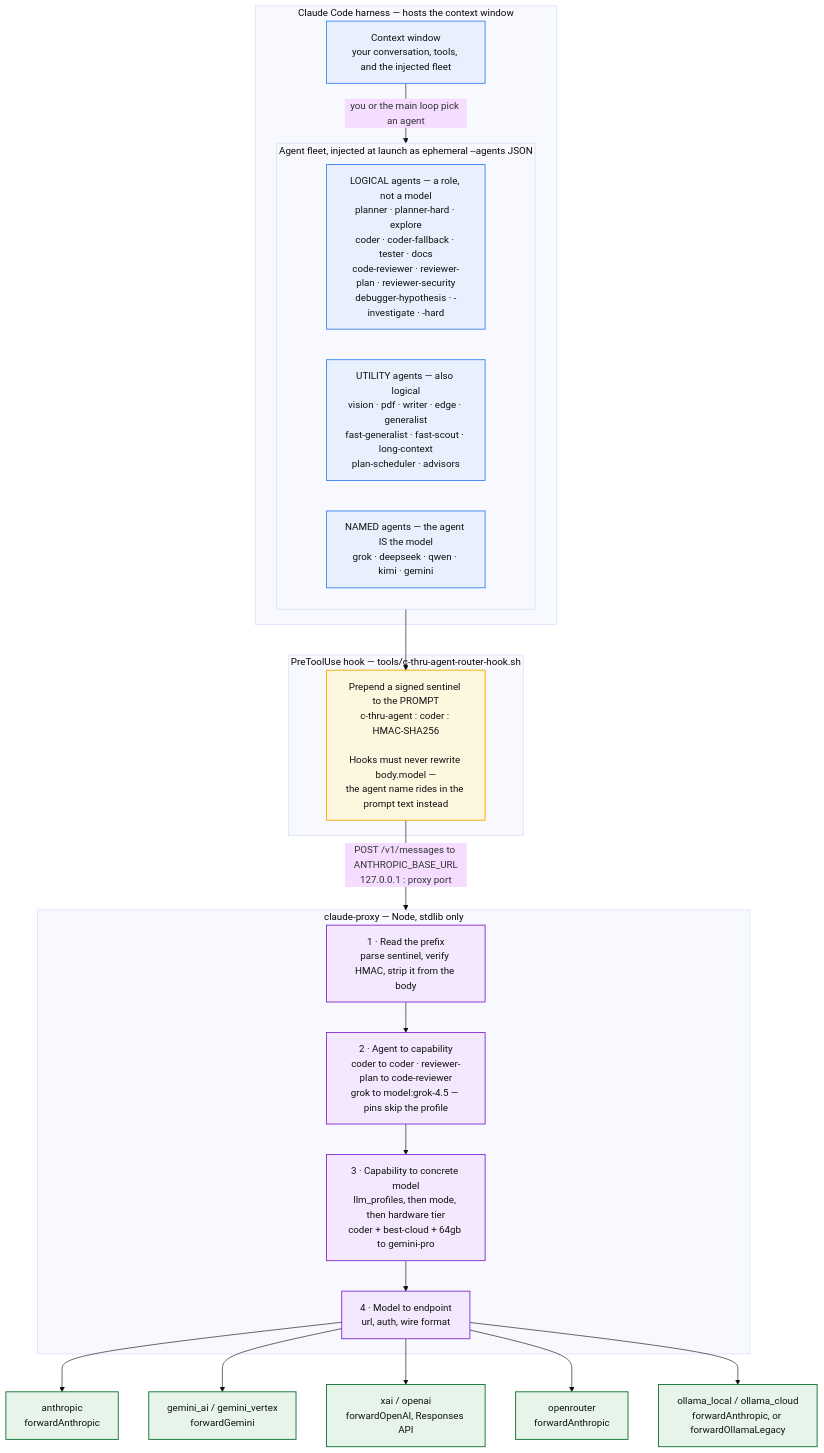
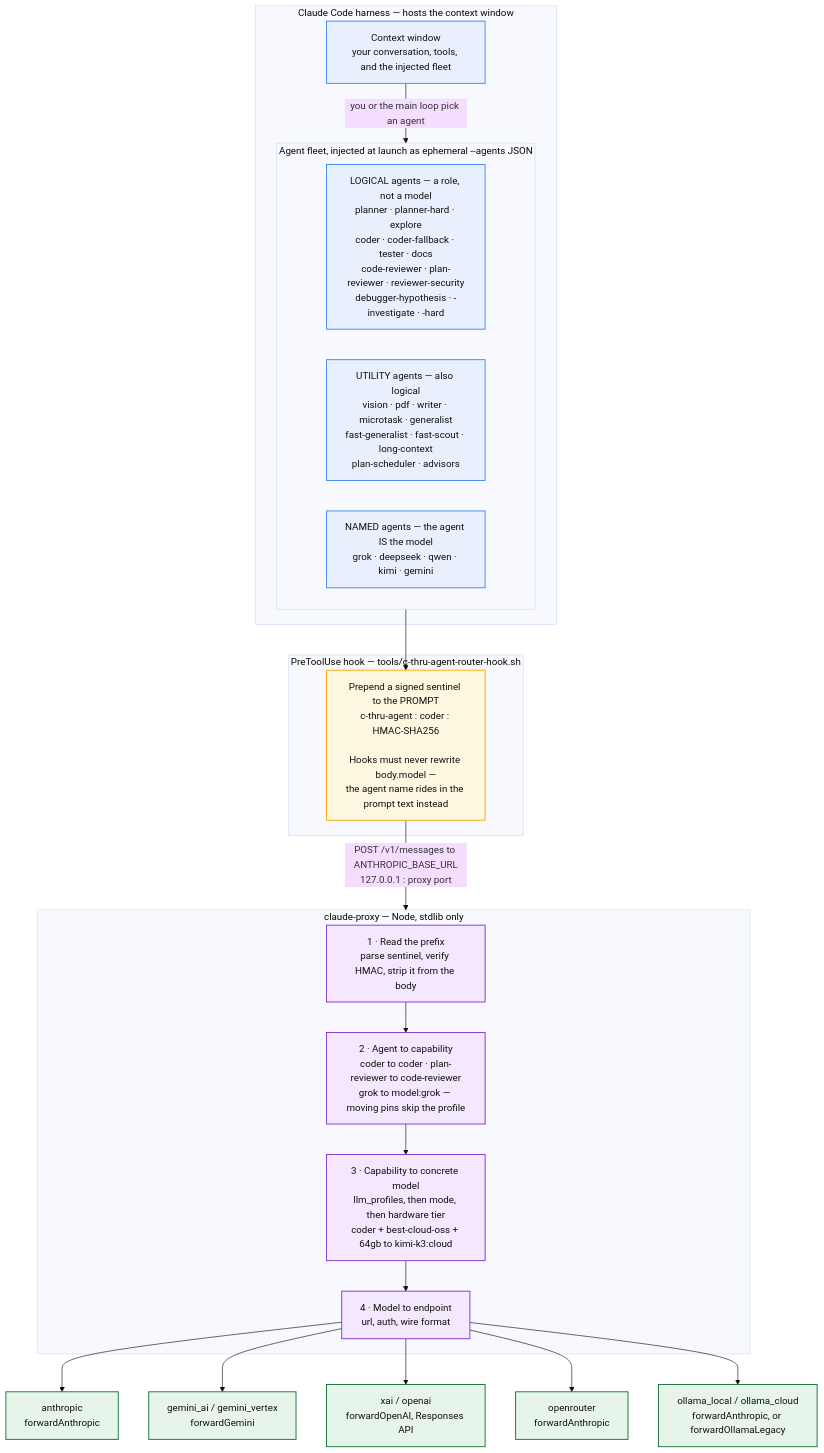
Before and after one commit to whichguy/c-thru: the fourth of 7 diagrams in README.md, drawn with Mermaid (base theme). The commit also changed other lines of this file and 69 other files, not shown here.

First line of the commit message:
feat(fleet): consolidate to 84 brand leaves; shorthand model pins (fable→claude-fable-5-1, grok, qwen) with regenerated artifacts

````diff
--- a/README.md
+++ b/README.md
@@ -332,45 +333,45 @@
 ```mermaid
 flowchart TB
     subgraph HARNESS["Claude Code harness — hosts the context window"]
         CTX["Context window<br/>your conversation, tools, and the injected fleet"]
 
         subgraph FLEET["Agent fleet, injected at launch as ephemeral --agents JSON"]
-            LOGICAL["LOGICAL agents — a role, not a model<br/>planner · planner-hard · explore<br/>coder · coder-fallback · tester · docs<br/>code-reviewer · reviewer-plan · reviewer-security<br/>debugger-hypothesis · -investigate · -hard"]
-            UTILITY["UTILITY agents — also logical<br/>vision · pdf · writer · edge · generalist<br/>fast-generalist · fast-scout · long-context<br/>plan-scheduler · advisors"]
+            LOGICAL["LOGICAL agents — a role, not a model<br/>planner · planner-hard · explore<br/>coder · coder-fallback · tester · docs<br/>code-reviewer · plan-reviewer · reviewer-security<br/>debugger-hypothesis · -investigate · -hard"]
+            UTILITY["UTILITY agents — also logical<br/>vision · pdf · writer · microtask · generalist<br/>fast-generalist · fast-scout · long-context<br/>plan-scheduler · advisors"]
             NAMED["NAMED agents — the agent IS the model<br/>grok · deepseek · qwen · kimi · gemini"]
         end
 
         CTX -->|"you or the main loop pick an agent"| FLEET
     end
 
     FLEET --> HOOK
 
     subgraph HOOKBOX["PreToolUse hook — tools/c-thru-agent-router-hook.sh"]
         HOOK["Prepend a signed sentinel to the PROMPT<br/>c-thru-agent : coder : HMAC-SHA256<br/><br/>Hooks must never rewrite body.model —<br/>the agent name rides in the prompt text instead"]
     end
 
     HOOK -->|"POST /v1/messages to ANTHROPIC_BASE_URL<br/>127.0.0.1 : proxy port"| PROXYBOX
 
     subgraph PROXYBOX["claude-proxy — Node, stdlib only"]
         P1["1 · Read the prefix<br/>parse sentinel, verify HMAC, strip it from the body"]
-        P2["2 · Agent to capability<br/>coder to coder · reviewer-plan to code-reviewer<br/>grok to model:grok-4.5 — pins skip the profile"]
-        P3["3 · Capability to concrete model<br/>llm_profiles, then mode, then hardware tier<br/>coder + best-cloud + 64gb to gemini-pro"]
+        P2["2 · Agent to capability<br/>coder to coder · plan-reviewer to code-reviewer<br/>grok to model:grok — moving pins skip the profile"]
+        P3["3 · Capability to concrete model<br/>llm_profiles, then mode, then hardware tier<br/>coder + best-cloud-oss + 64gb to kimi-k3:cloud"]
         P4["4 · Model to endpoint<br/>url, auth, wire format"]
         P1 --> P2 --> P3 --> P4
     end
 
     P4 --> ANT["anthropic<br/>forwardAnthropic"]
     P4 --> GEM["gemini_ai / gemini_vertex<br/>forwardGemini"]
     P4 --> XAI["xai / openai<br/>forwardOpenAI, Responses API"]
     P4 --> ORT["openrouter<br/>forwardAnthropic"]
     P4 --> OLL["ollama_local / ollama_cloud<br/>forwardAnthropic, or forwardOllamaLegacy"]
 
     classDef harness  fill:#E8F0FE,stroke:#4285F4,stroke-width:1.5px,color:#111
     classDef hook     fill:#FEF7E0,stroke:#F9AB00,stroke-width:1.5px,color:#111
     classDef proxy    fill:#F3E8FD,stroke:#8430CE,stroke-width:1.5px,color:#111
     classDef provider fill:#E6F4EA,stroke:#137333,stroke-width:1.5px,color:#111
     class CTX,LOGICAL,UTILITY,NAMED harness
     class HOOK hook
     class P1,P2,P3,P4 proxy
     class ANT,GEM,XAI,ORT,OLL provider
 ```
````
